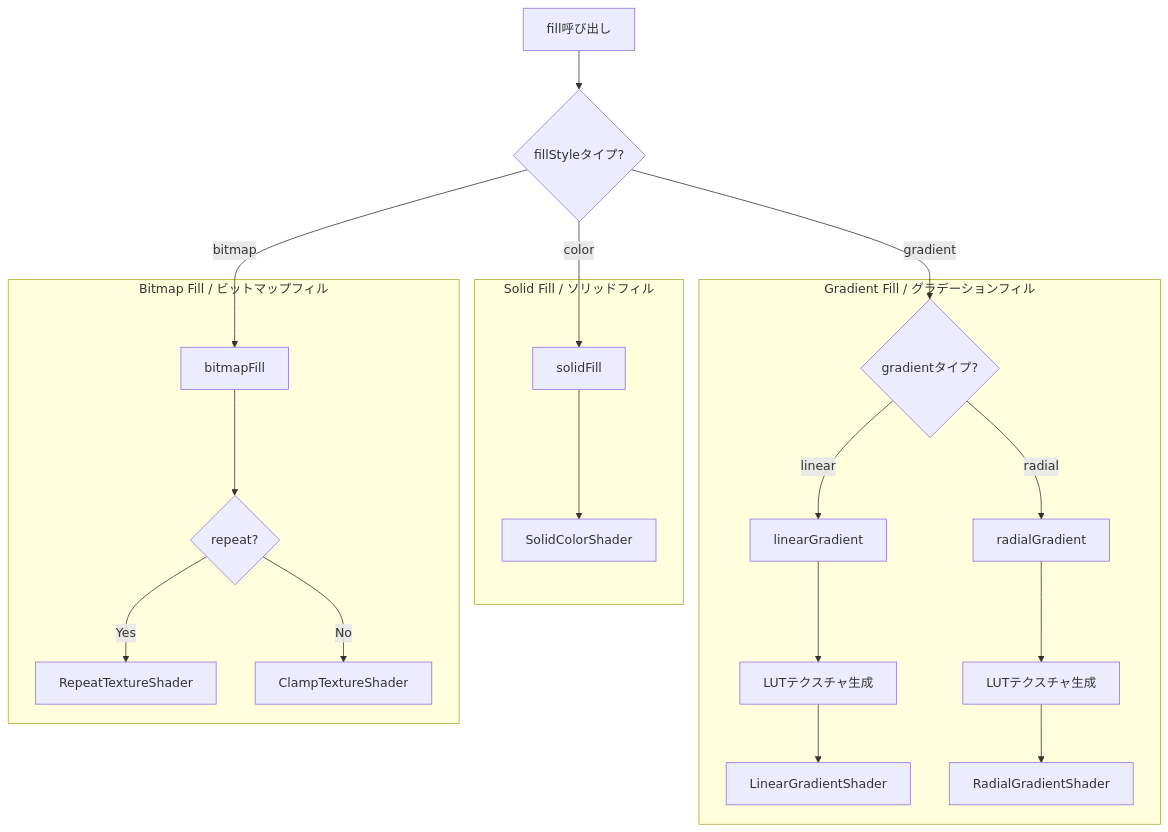
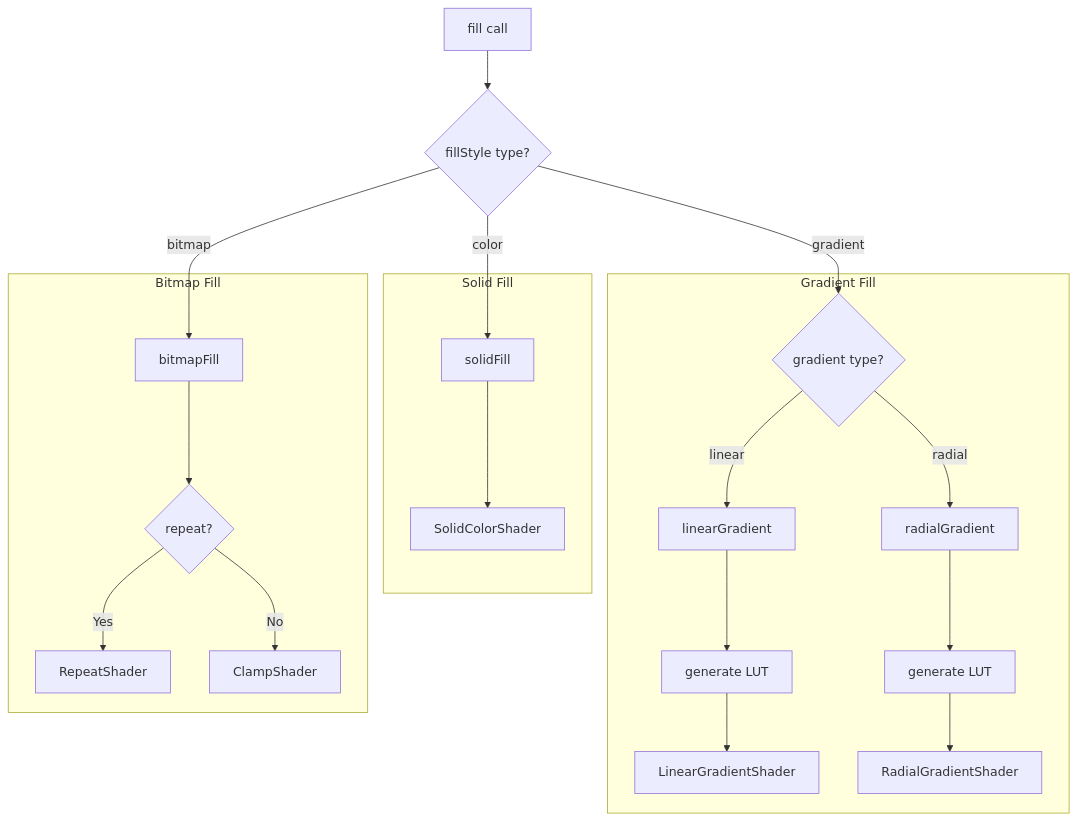
Diagram 11 of 37 in packages/webgl/RENDERING_FLOW.md (Next2D/player), drawn with Mermaid before and after one commit. The commit also changed other lines of this file, not shown here.

````diff
--- a/packages/webgl/RENDERING_FLOW.md
+++ b/packages/webgl/RENDERING_FLOW.md
@@ -577,37 +582,37 @@
 ```mermaid
 flowchart TB
-    FILL[fill呼び出し]
+    FILL[fill call]
 
-    CHECK_STYLE{fillStyleタイプ?}
+    CHECK_STYLE{fillStyle type?}
 
-    subgraph "Solid Fill / ソリッドフィル"
+    subgraph "Solid Fill"
         SOLID[solidFill]
         SOLID --> SOLID_SHADER[SolidColorShader]
     end
 
-    subgraph "Gradient Fill / グラデーションフィル"
-        GRAD_TYPE{gradientタイプ?}
+    subgraph "Gradient Fill"
+        GRAD_TYPE{gradient type?}
         LINEAR[linearGradient]
         RADIAL[radialGradient]
 
-        LINEAR --> GEN_LUT_L[LUTテクスチャ生成]
-        RADIAL --> GEN_LUT_R[LUTテクスチャ生成]
+        LINEAR --> GEN_LUT_L[generate LUT]
+        RADIAL --> GEN_LUT_R[generate LUT]
 
         GEN_LUT_L --> LINEAR_SHADER[LinearGradientShader]
         GEN_LUT_R --> RADIAL_SHADER[RadialGradientShader]
     end
 
-    subgraph "Bitmap Fill / ビットマップフィル"
+    subgraph "Bitmap Fill"
         BITMAP[bitmapFill]
         BITMAP --> CHECK_REPEAT{repeat?}
-        CHECK_REPEAT -->|Yes| REPEAT_SHADER[RepeatTextureShader]
-        CHECK_REPEAT -->|No| CLAMP_SHADER[ClampTextureShader]
+        CHECK_REPEAT -->|Yes| REPEAT_SHADER[RepeatShader]
+        CHECK_REPEAT -->|No| CLAMP_SHADER[ClampShader]
     end
 
     FILL --> CHECK_STYLE
     CHECK_STYLE -->|color| SOLID
     CHECK_STYLE -->|gradient| GRAD_TYPE
     GRAD_TYPE -->|linear| LINEAR
     GRAD_TYPE -->|radial| RADIAL
     CHECK_STYLE -->|bitmap| BITMAP
 ```
````
